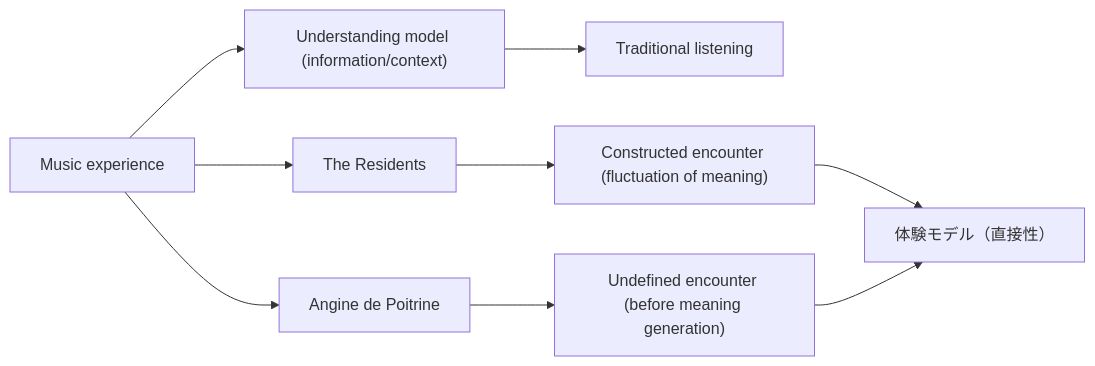
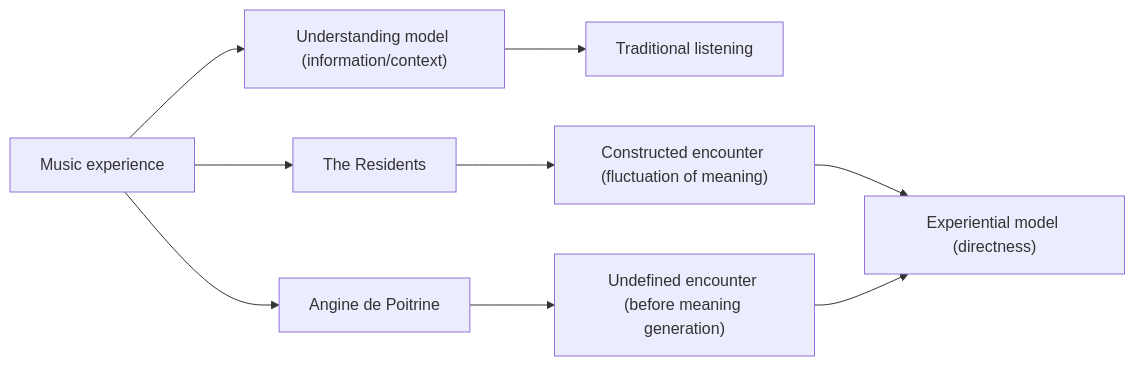
Diagram 11 of 17 in en/_posts/2026-07-06-column-angine-de-poitrine-the-residents.md (monumental-movement/monumental-movement.github.io), drawn with Mermaid before and after one commit. The commit also changed other lines of this file and 851 other files, not shown here.

```diff
--- a/en/_posts/2026-07-06-column-angine-de-poitrine-the-residents.md
+++ b/en/_posts/2026-07-06-column-angine-de-poitrine-the-residents.md
@@ -1196,19 +1196,19 @@
 <div class="mermaid">
 flowchart LR
 
 A["Music experience"]
 B["Understanding model (information/context)"]
 C["Traditional listening"]
 
 D["The Residents"]
 E["Constructed encounter (fluctuation of meaning)"]
 
 F["Angine de Poitrine"]
 G["Undefined encounter (before meaning generation)"]
 
-H["体験モデル（直接性）"]
+H["Experiential model (directness)"]
 
 A --> B --> C
 A --> D --> E --> H
 A --> F --> G --> H
 </div>
```
